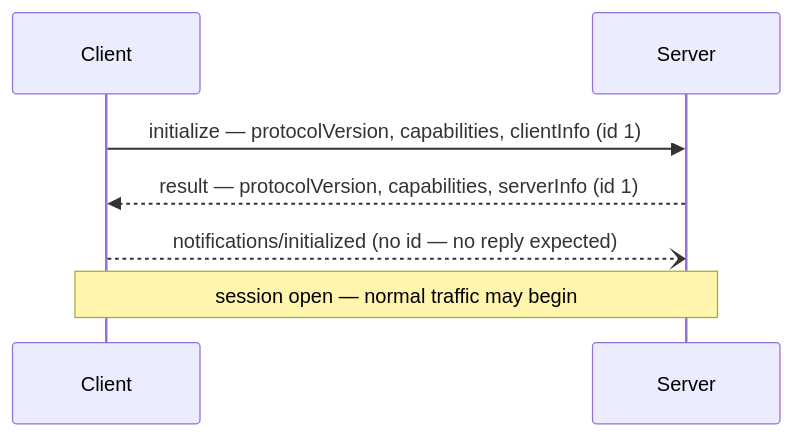
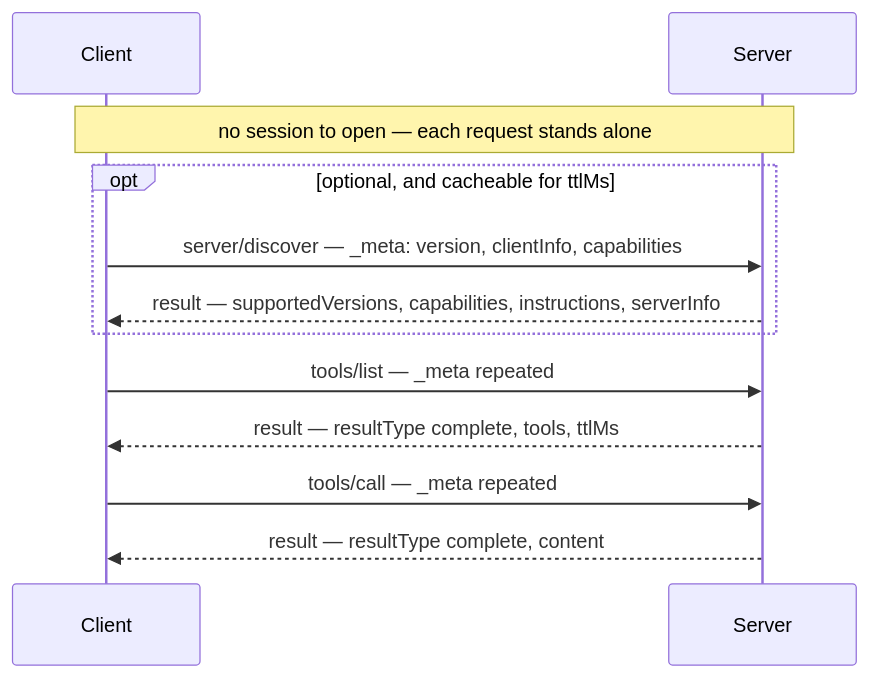
Before and after one commit to nitinpawar28/AI-learn: the first of 4 diagrams in docs/part3-mcp/wire-protocol.md, drawn with Mermaid. The commit also changed other lines of this file and 42 other files, not shown here.

````diff
--- a/docs/part3-mcp/wire-protocol.md
+++ b/docs/part3-mcp/wire-protocol.md
@@ -67,9 +150,14 @@
 ```mermaid
 sequenceDiagram
     participant C as Client
     participant S as Server
-    C->>S: initialize — protocolVersion, capabilities, clientInfo (id 1)
-    S-->>C: result — protocolVersion, capabilities, serverInfo (id 1)
-    C--)S: notifications/initialized (no id — no reply expected)
-    Note over C,S: session open — normal traffic may begin
+    Note over C,S: no session to open — each request stands alone
+    opt optional, and cacheable for ttlMs
+        C->>S: server/discover — _meta: version, clientInfo, capabilities
+        S-->>C: result — supportedVersions, capabilities, instructions, serverInfo
+    end
+    C->>S: tools/list — _meta repeated
+    S-->>C: result — resultType complete, tools, ttlMs
+    C->>S: tools/call — _meta repeated
+    S-->>C: result — resultType complete, content
 ```
````
